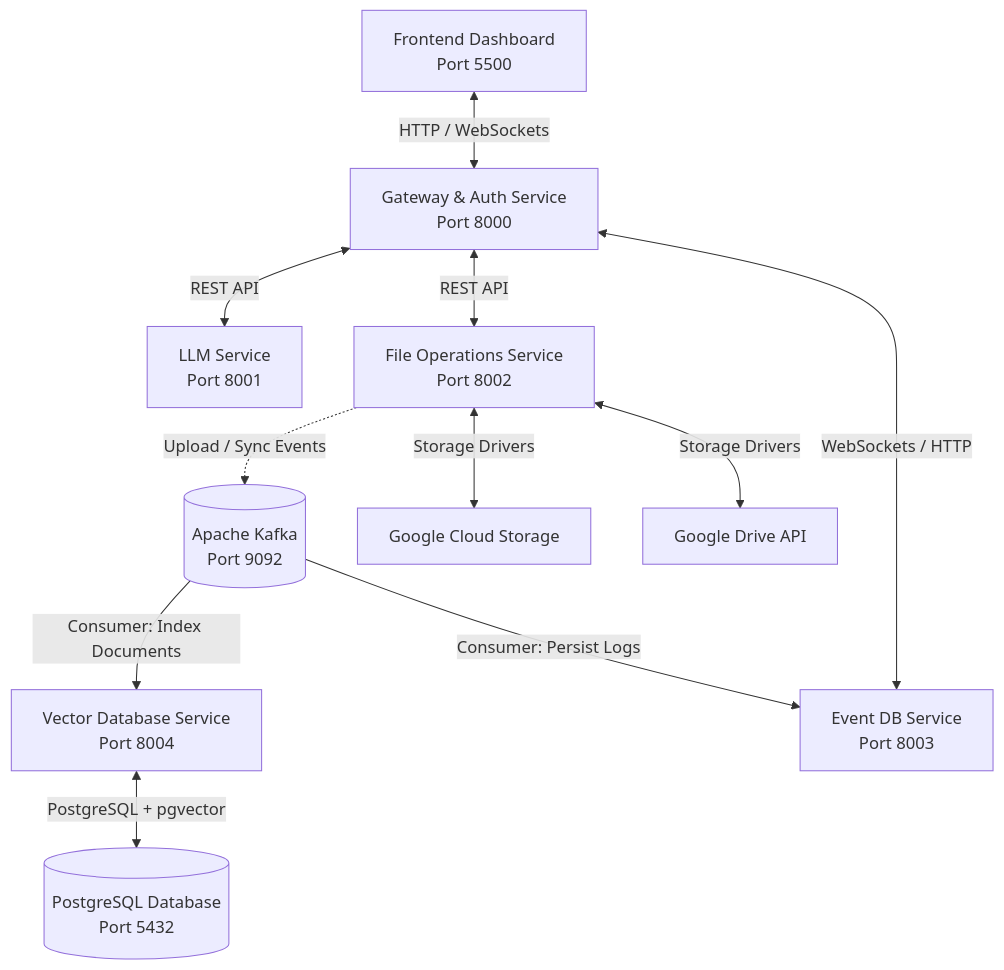
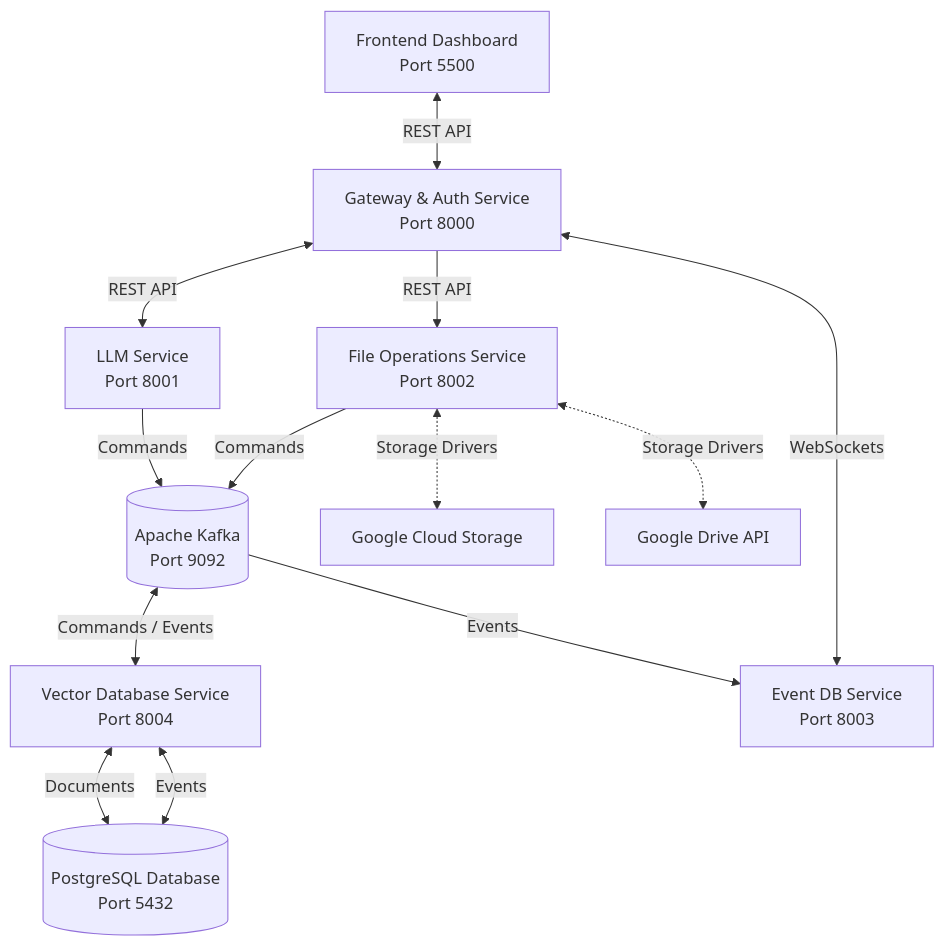
Before and after one commit to vbuyel/LLM_Semantic_File_System: the diagram in README.md, drawn with Mermaid.

Commit message:
updated schema README

````diff
--- a/README.md
+++ b/README.md
@@ -68,18 +68,21 @@
 ```mermaid
 graph TD
-    UI[Frontend Dashboard<br/>Port 5500] <-->|HTTP / WebSockets| GW[Gateway & Auth Service<br/>Port 8000]
+    UI[Frontend Dashboard<br/>Port 5500] <-->|REST API| GW[Gateway & Auth Service<br/>Port 8000]
     
     GW <-->|REST API| LLM[LLM Service<br/>Port 8001]
-    GW <-->|REST API| FO[File Operations Service<br/>Port 8002]
+    GW -->|REST API| FO[File Operations Service<br/>Port 8002]
     
-    FO -.->|Upload / Sync Events| Kafka[(Apache Kafka<br/>Port 9092)]
+    LLM -->|Commands| Kafka[(Apache Kafka<br/>Port 9092)]
+    FO -->|Commands| Kafka[(Apache Kafka<br/>Port 9092)]
     
-    Kafka -->|Consumer: Index Documents| VDB[Vector Database Service<br/>Port 8004]
-    Kafka -->|Consumer: Persist Logs| EDB[Event DB Service<br/>Port 8003]
+    Kafka <-->|Commands / Events| VDB[Vector Database Service<br/>Port 8004]
+    Kafka -->|Events| EDB[Event DB Service<br/>Port 8003]
     
-    EDB <-->|WebSockets / HTTP| GW
+    EDB <-->|WebSockets| GW
     
-    VDB <-->|PostgreSQL + pgvector| PG[(PostgreSQL Database<br/>Port 5432)]
-    FO <-->|Storage Drivers| GCS[Google Cloud Storage]
-    FO <-->|Storage Drivers| GD[Google Drive API]
+    VDB <-->|Documents| PG[(PostgreSQL Database<br/>Port 5432)]
+    VDB <-->|Events| PG[(PostgreSQL Database<br/>Port 5432)]
+    
+    FO <-.->|Storage Drivers| GCS[Google Cloud Storage]
+    FO <-.->|Storage Drivers| GD[Google Drive API]
 ```
````
